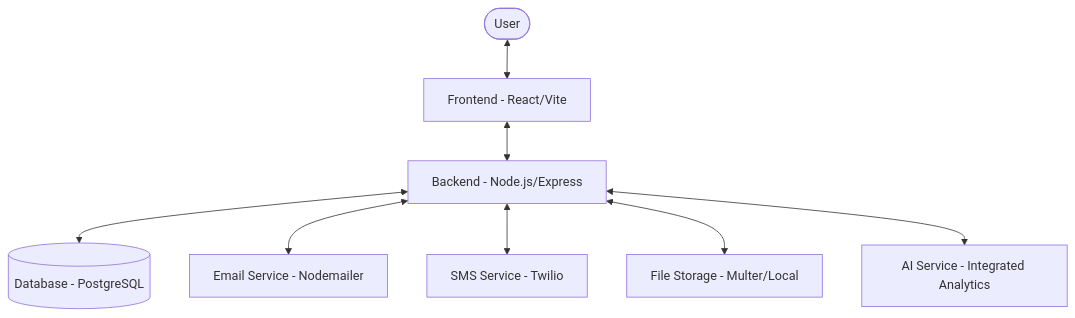
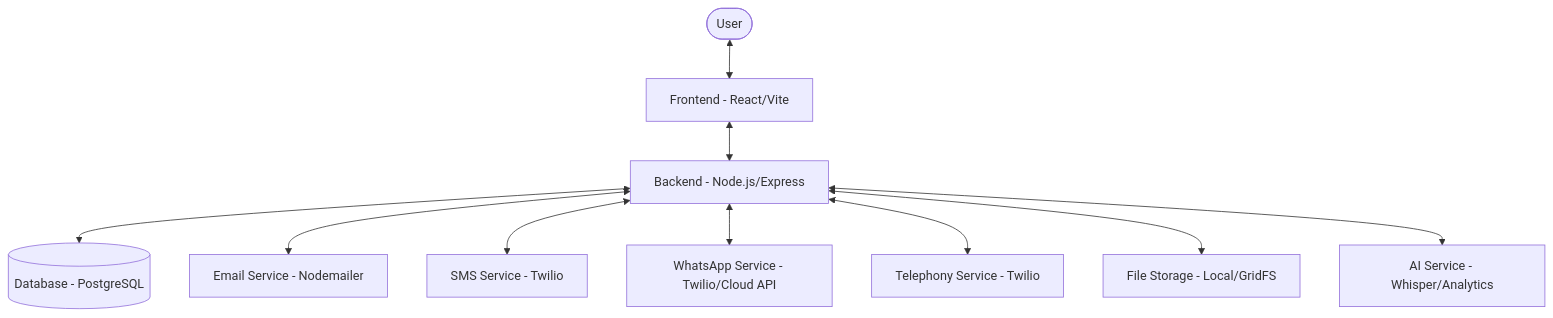
One commit to HONGKINGNIRMOND/AI-Enabled-CRM-System-for-School changed the first of 2 diagrams in docs/ARCHITECTURE.md. Above: the diagram before and after it, drawn with Mermaid. The commit also changed other lines of this file and 3 other files, not shown here.

````diff
--- a/docs/ARCHITECTURE.md
+++ b/docs/ARCHITECTURE.md
@@ -7,10 +7,12 @@
 ```mermaid
 graph TD
     User([User]) <--> Frontend[Frontend - React/Vite]
     Frontend <--> Backend[Backend - Node.js/Express]
     Backend <--> Database[(Database - PostgreSQL)]
     Backend <--> EmailService[Email Service - Nodemailer]
     Backend <--> SMSService[SMS Service - Twilio]
-    Backend <--> FileStorage[File Storage - Multer/Local]
-    Backend <--> AIService[AI Service - Integrated Analytics]
+    Backend <--> WhatsAppService[WhatsApp Service - Twilio/Cloud API]
+    Backend <--> TelephonyService[Telephony Service - Twilio]
+    Backend <--> FileStorage[File Storage - Local/GridFS]
+    Backend <--> AIService[AI Service - Whisper/Analytics]
 ```
````
